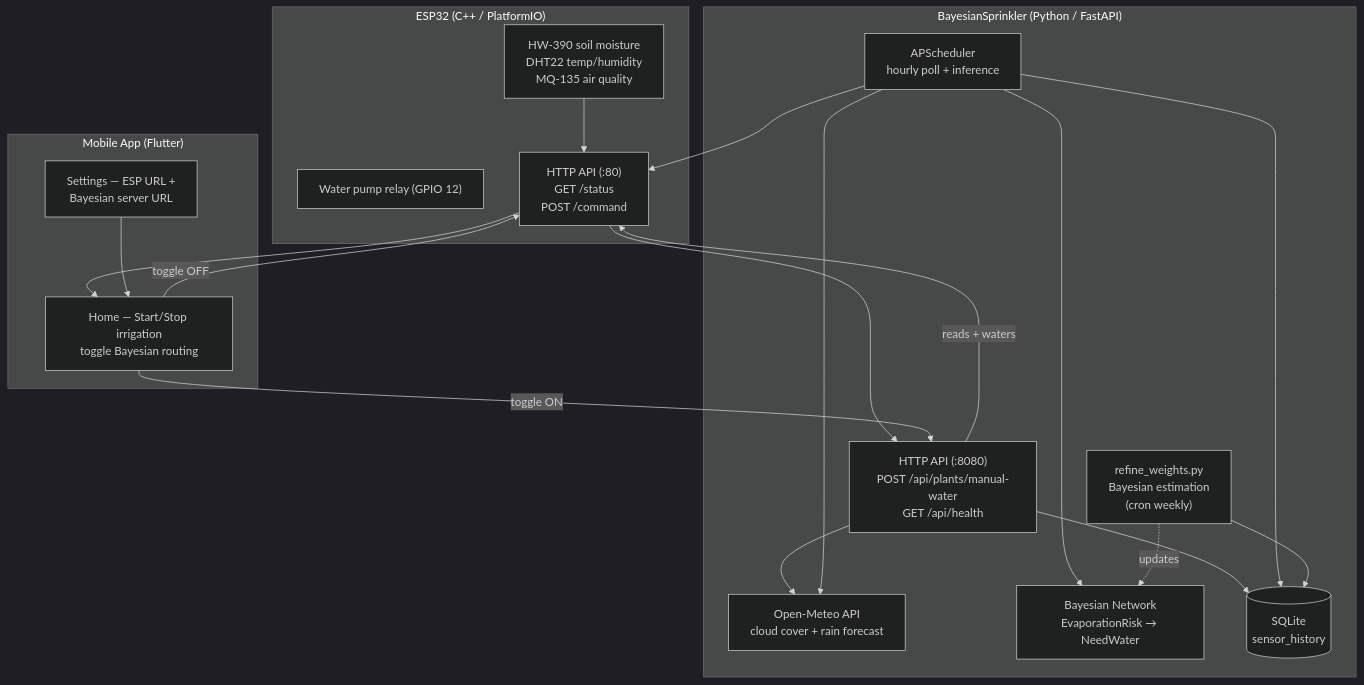
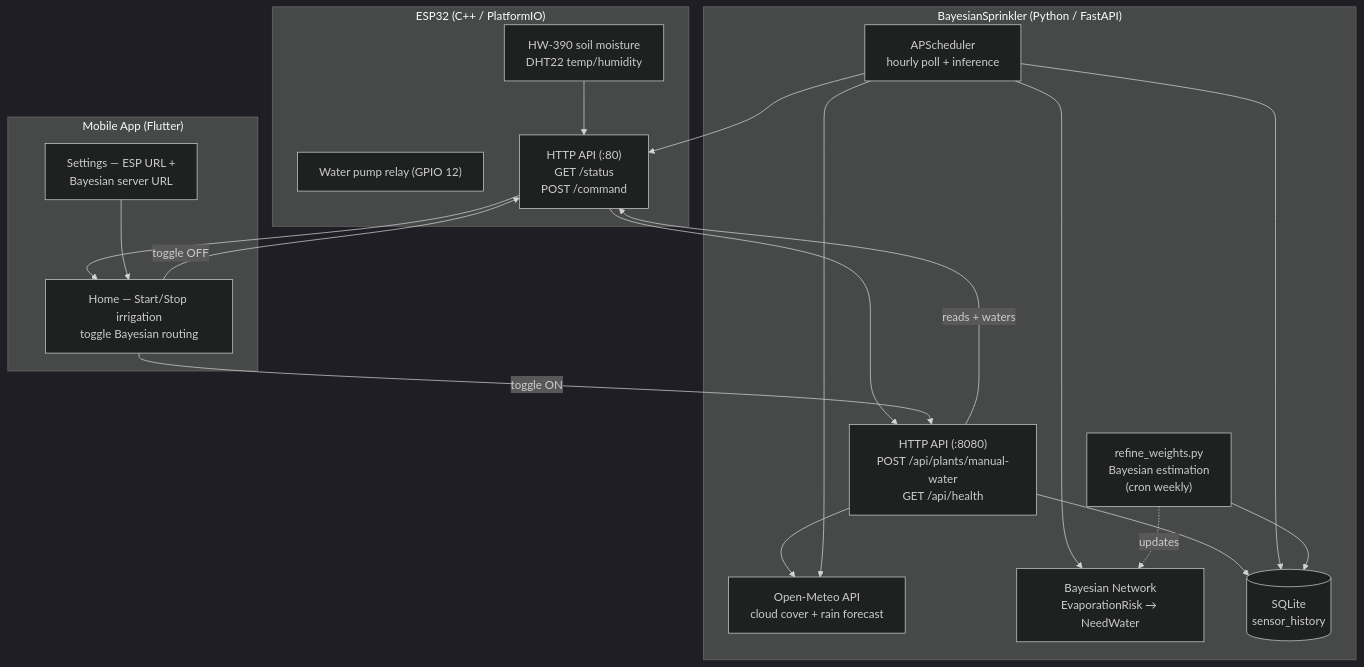
The diagram in README.md (AleMuzzi/SmartSprinkler), drawn with Mermaid (dark theme) before and after one commit. The commit also changed 23 other files, not shown here.

````diff
--- a/README.md
+++ b/README.md
@@ -7,40 +7,40 @@
 ```mermaid
 graph TB
     subgraph "ESP32 (C++ / PlatformIO)"
-        SENSORS["HW-390 soil moisture<br/>DHT22 temp/humidity<br/>MQ-135 air quality"]
+        SENSORS["HW-390 soil moisture<br/>DHT22 temp/humidity"]
         PUMP["Water pump relay (GPIO 12)"]
         API_ESP["HTTP API (:80)<br/>GET /status<br/>POST /command"]
     end
 
     subgraph "Mobile App (Flutter)"
         HOME["Home — Start/Stop irrigation<br/>toggle Bayesian routing"]
         SETTINGS["Settings — ESP URL +<br/>Bayesian server URL"]
     end
 
     subgraph "BayesianSprinkler (Python / FastAPI)"
         WX["Open-Meteo API<br/>cloud cover + rain forecast"]
         BN["Bayesian Network<br/>EvaporationRisk → NeedWater"]
         DB[("SQLite<br/>sensor_history")]
         API_BS["HTTP API (:8080)<br/>POST /api/plants/manual-water<br/>GET /api/health"]
         WORKER["APScheduler<br/>hourly poll + inference"]
         REFINE["refine_weights.py<br/>Bayesian estimation<br/>(cron weekly)"]
     end
 
     SENSORS --> API_ESP
     API_ESP --> API_BS
     API_ESP --> HOME
 
     HOME -->|"toggle ON"| API_BS
     HOME -->|"toggle OFF"| API_ESP
     SETTINGS --> HOME
 
     API_BS -->|reads + waters| API_ESP
     API_BS --> WX
     API_BS --> DB
     WORKER --> API_ESP
     WORKER --> WX
     WORKER --> BN
     WORKER --> DB
     REFINE --> DB
     REFINE -.->|updates| BN
 ```
````
